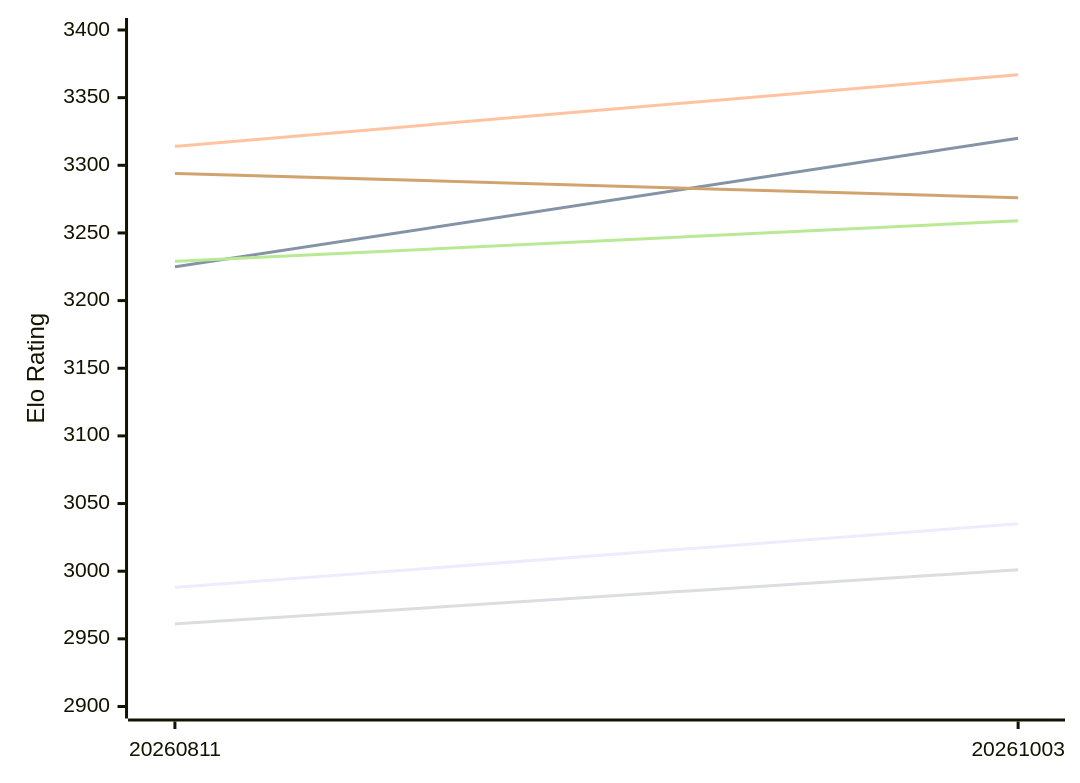
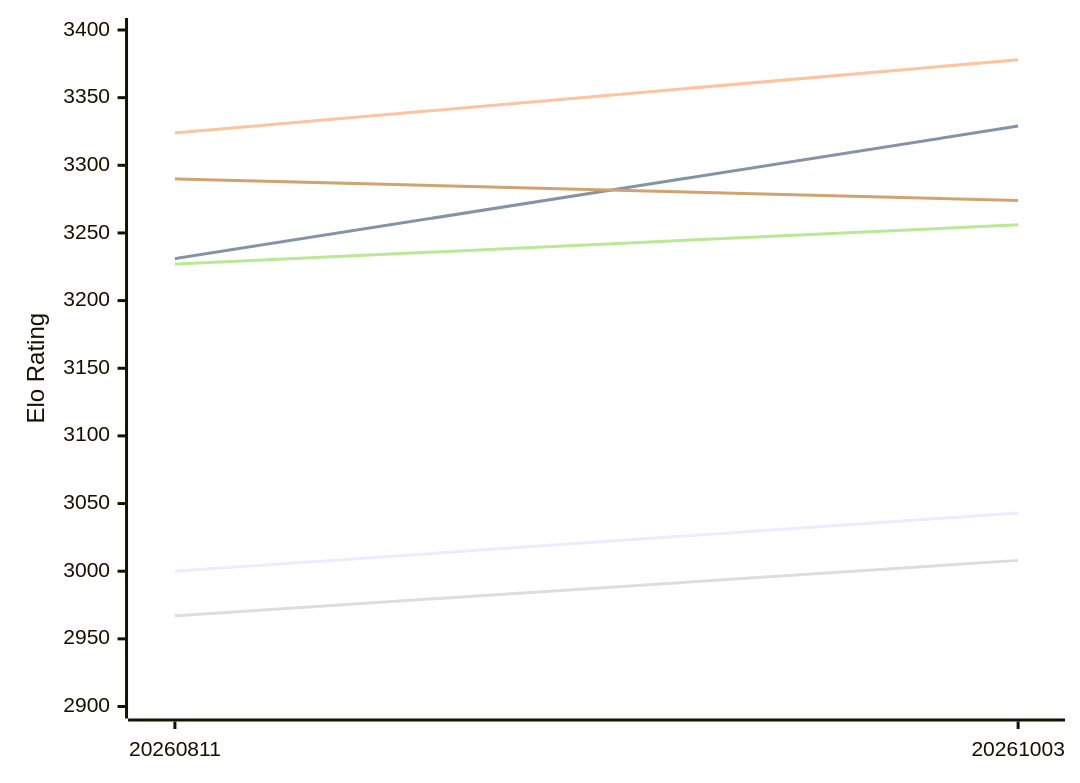
The first of 2 diagrams in engines/Askaig.md (computer-chess-index/cci), drawn with Mermaid before and after one commit. The commit also changed other lines of this file, not shown here.

Commit message:
Update CCI Ratings (ELO VLTC) - 2026-11-16

````diff
--- a/engines/Askaig.md
+++ b/engines/Askaig.md
@@ -52,12 +52,12 @@
 ```mermaid
 %%{init: {"theme":"base","themeVariables":{"seriesColors:['#a3a3a3','#222221','#faa371']}}}%%
 xychart-beta
   x-axis ["20260811", "20261003"]
   y-axis "Elo Rating" 2900 --> 3400
-  line "E1: STC (8.0+0.08s)" [2988, 3035]
-  line "E1: LTC (60.0+0.60s)" [3225, 3320]
-  line "E1: VLTC (2m24s+1.12s)" [3314, 3367]
-  line "P1: STC (8.0+0.08s)" [2961, 3001]
-  line "P1: LTC (60.0+0.60s)" [3229, 3259]
-  line "P1: VLTC (2m24s+1.12s)" [3294, 3276]
+  line "E1: STC (8.0+0.08s)" [3000, 3043]
+  line "E1: LTC (60.0+0.60s)" [3231, 3329]
+  line "E1: VLTC (2m24s+1.12s)" [3324, 3378]
+  line "P1: STC (8.0+0.08s)" [2967, 3008]
+  line "P1: LTC (60.0+0.60s)" [3227, 3256]
+  line "P1: VLTC (2m24s+1.12s)" [3290, 3274]
 ```
````
